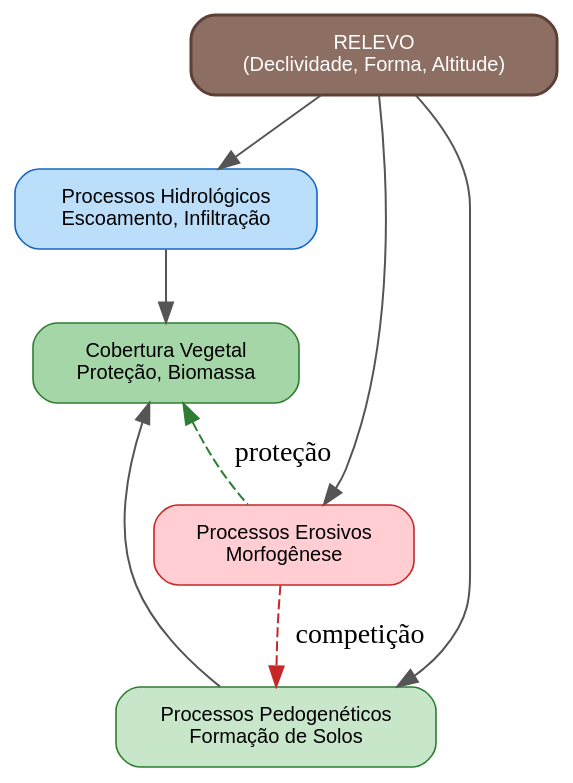
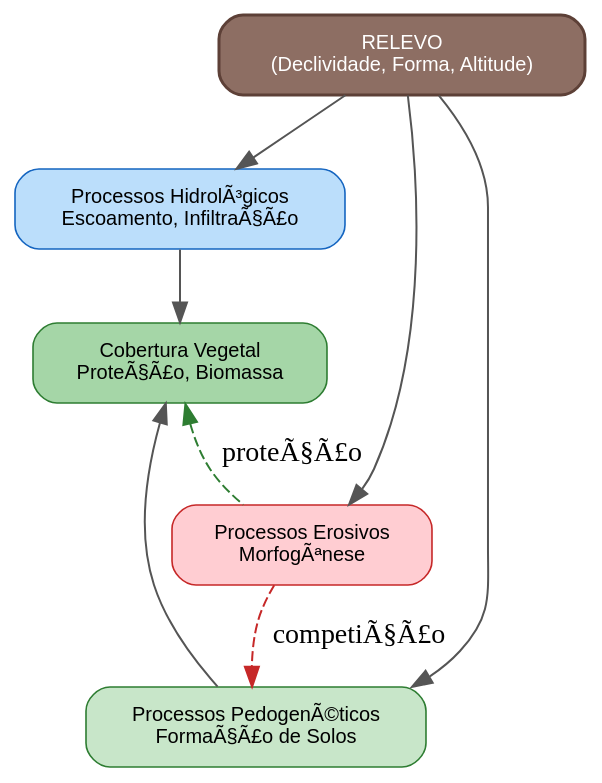
Before and after one commit to ldvsantos/cv: the first of 2 diagrams in aulas/analise_paisagem/aulas/zoneamento_geoecologico/zoneamento_geoecologico.qmd, drawn with Graphviz. The commit also changed other lines of this file and 466 other files, not shown here.

````diff
--- a/aulas/analise_paisagem/aulas/zoneamento_geoecologico/zoneamento_geoecologico.qmd
+++ b/aulas/analise_paisagem/aulas/zoneamento_geoecologico/zoneamento_geoecologico.qmd
@@ -74,24 +72,24 @@
 ```{dot}
 //| fig-cap: "Relevo como regulador dos processos que condicionam a paisagem."
 //| fig-width: 8
 digraph {
     rankdir=TB
     bgcolor="transparent"
     node [shape=box, style="rounded,filled", fontname="Helvetica", fontsize=10, margin="0.25,0.12", penwidth=0.8]
     edge [color="#555555", penwidth=1.0]
 
     R [label="RELEVO\n(Declividade, Forma, Altitude)", fillcolor="#8D6E63", fontcolor="white", color="#5D4037", penwidth=1.5]
-    H [label="Processos Hidrológicos\nEscoamento, Infiltração", fillcolor="#BBDEFB", color="#1565C0"]
-    E [label="Processos Erosivos\nMorfogênese", fillcolor="#FFCDD2", color="#C62828"]
-    P [label="Processos Pedogenéticos\nFormação de Solos", fillcolor="#C8E6C9", color="#2E7D32"]
-    V [label="Cobertura Vegetal\nProteção, Biomassa", fillcolor="#A5D6A7", color="#2E7D32"]
+    H [label="Processos HidrolÃ³gicos\nEscoamento, InfiltraÃ§Ã£o", fillcolor="#BBDEFB", color="#1565C0"]
+    E [label="Processos Erosivos\nMorfogÃªnese", fillcolor="#FFCDD2", color="#C62828"]
+    P [label="Processos PedogenÃ©ticos\nFormaÃ§Ã£o de Solos", fillcolor="#C8E6C9", color="#2E7D32"]
+    V [label="Cobertura Vegetal\nProteÃ§Ã£o, Biomassa", fillcolor="#A5D6A7", color="#2E7D32"]
 
     R -> H
     R -> E
     R -> P
     H -> V
     P -> V
-    V -> E [label="proteção", style=dashed, dir=back, color="#2E7D32"]
-    E -> P [label="competição", style=dashed, color="#C62828"]
+    V -> E [label="proteÃ§Ã£o", style=dashed, dir=back, color="#2E7D32"]
+    E -> P [label="competiÃ§Ã£o", style=dashed, color="#C62828"]
 }
 ```
````
